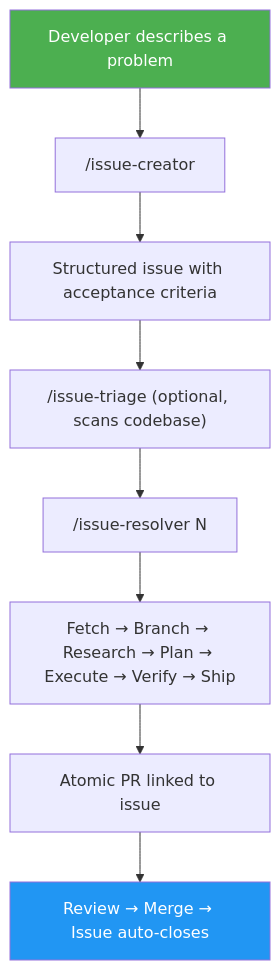
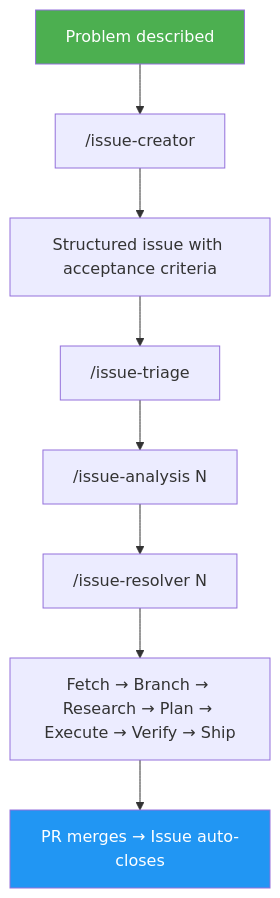
One commit to luongnv89/idd changed the second of 2 diagrams in README.md. Above: the diagram before and after it, drawn with Mermaid. The commit also changed other lines of this file, not shown here.

````diff
--- a/README.md
+++ b/README.md
@@ -146,13 +177,13 @@
 ```mermaid
 graph TD
-    A[Developer describes a problem] --> B["/issue-creator"]
-    B --> C[Structured issue with acceptance criteria]
-    C --> D["/issue-triage (optional, scans codebase)"]
-    D --> E["/issue-resolver N"]
-    E --> F["Fetch → Branch → Research → Plan → Execute → Verify → Ship"]
-    F --> G[Atomic PR linked to issue]
-    G --> H["Review → Merge → Issue auto-closes"]
+    A["Problem described"] --> B["/issue-creator"]
+    B --> C["Structured issue with acceptance criteria"]
+    C --> D["/issue-triage"]
+    D --> E["/issue-analysis N"]
+    E --> F["/issue-resolver N"]
+    F --> G["Fetch → Branch → Research → Plan → Execute → Verify → Ship"]
+    G --> H["PR merges → Issue auto-closes"]
 
     style A fill:#4CAF50,color:#fff
     style H fill:#2196F3,color:#fff
 ```
````
